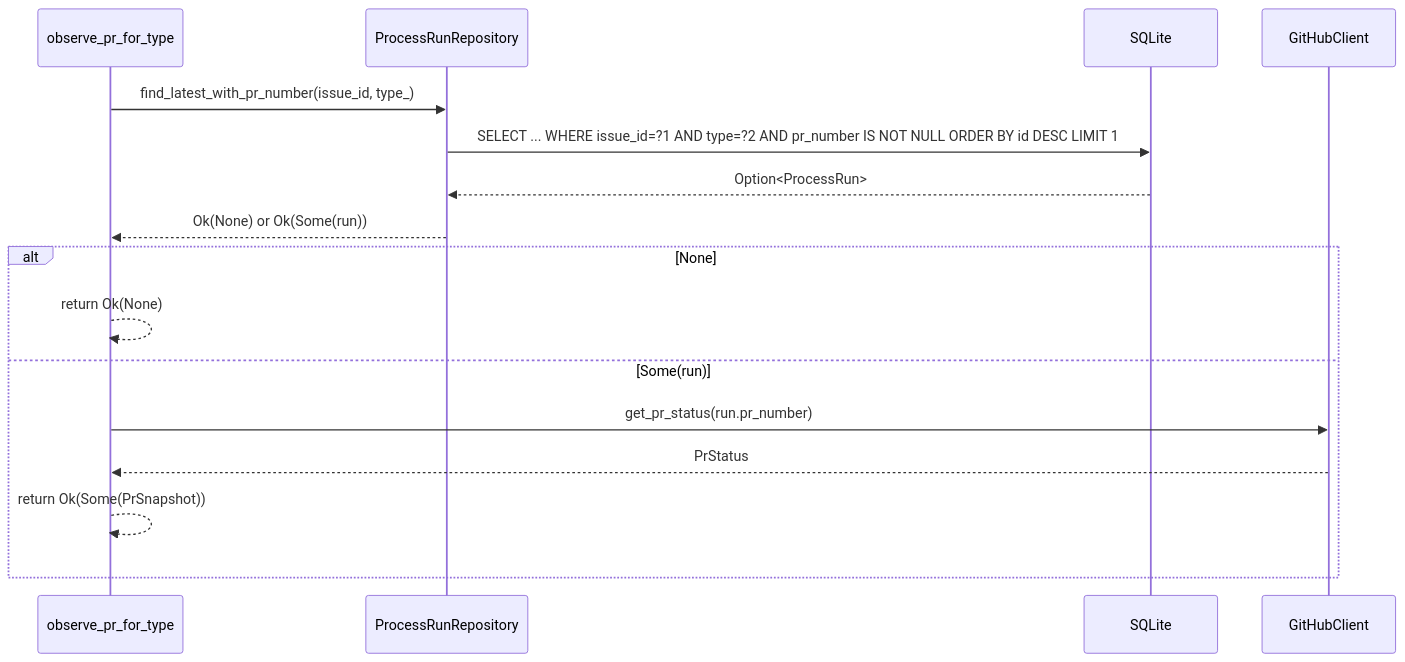
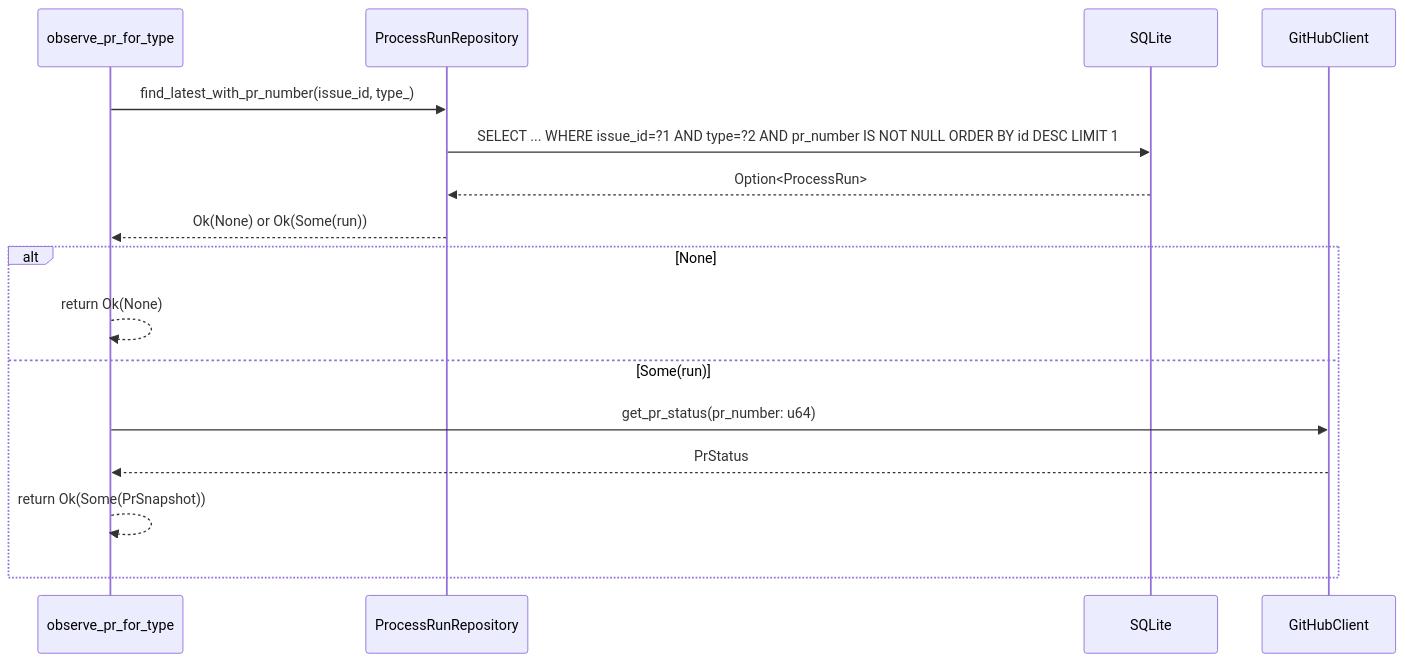
One commit to kyuki3rain/cupola changed the second of 2 diagrams in .cupola/specs/issue-204/design.md. Above: the diagram before and after it, drawn with Mermaid. The commit also changed other lines of this file and 3 other files, not shown here.

````diff
--- a/.cupola/specs/issue-204/design.md
+++ b/.cupola/specs/issue-204/design.md
@@ -75,20 +75,20 @@
 ```mermaid
 sequenceDiagram
     participant collect as observe_pr_for_type
     participant repo as ProcessRunRepository
     participant db as SQLite
     participant github as GitHubClient
 
     collect->>repo: find_latest_with_pr_number(issue_id, type_)
     repo->>db: SELECT ... WHERE issue_id=?1 AND type=?2 AND pr_number IS NOT NULL ORDER BY id DESC LIMIT 1
     db-->>repo: Option<ProcessRun>
     repo-->>collect: Ok(None) or Ok(Some(run))
 
     alt None
         collect-->>collect: return Ok(None)
     else Some(run)
-        collect->>github: get_pr_status(run.pr_number)
+        collect->>github: get_pr_status(pr_number: u64)
         github-->>collect: PrStatus
         collect-->>collect: return Ok(Some(PrSnapshot))
     end
 ```
````
